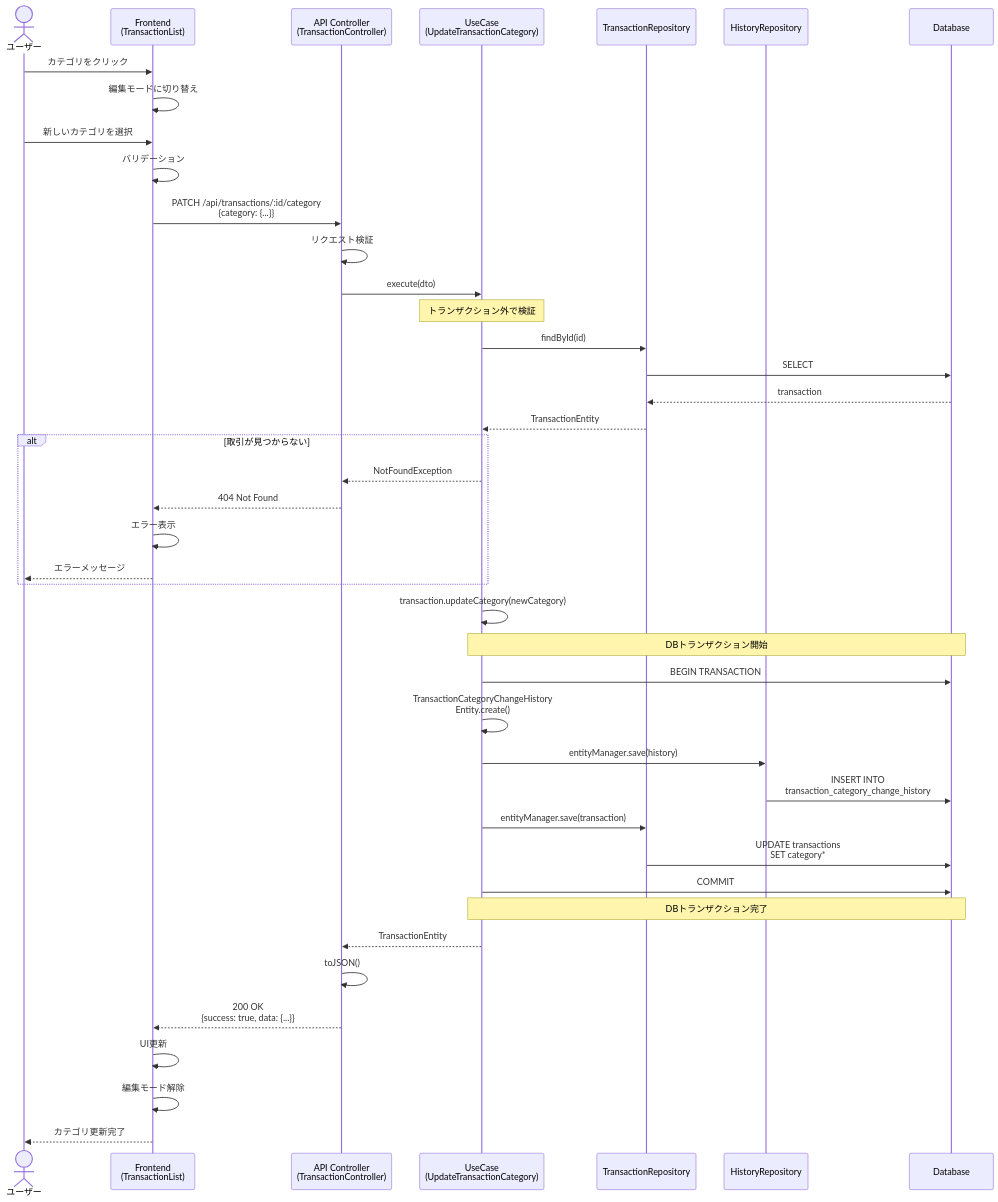
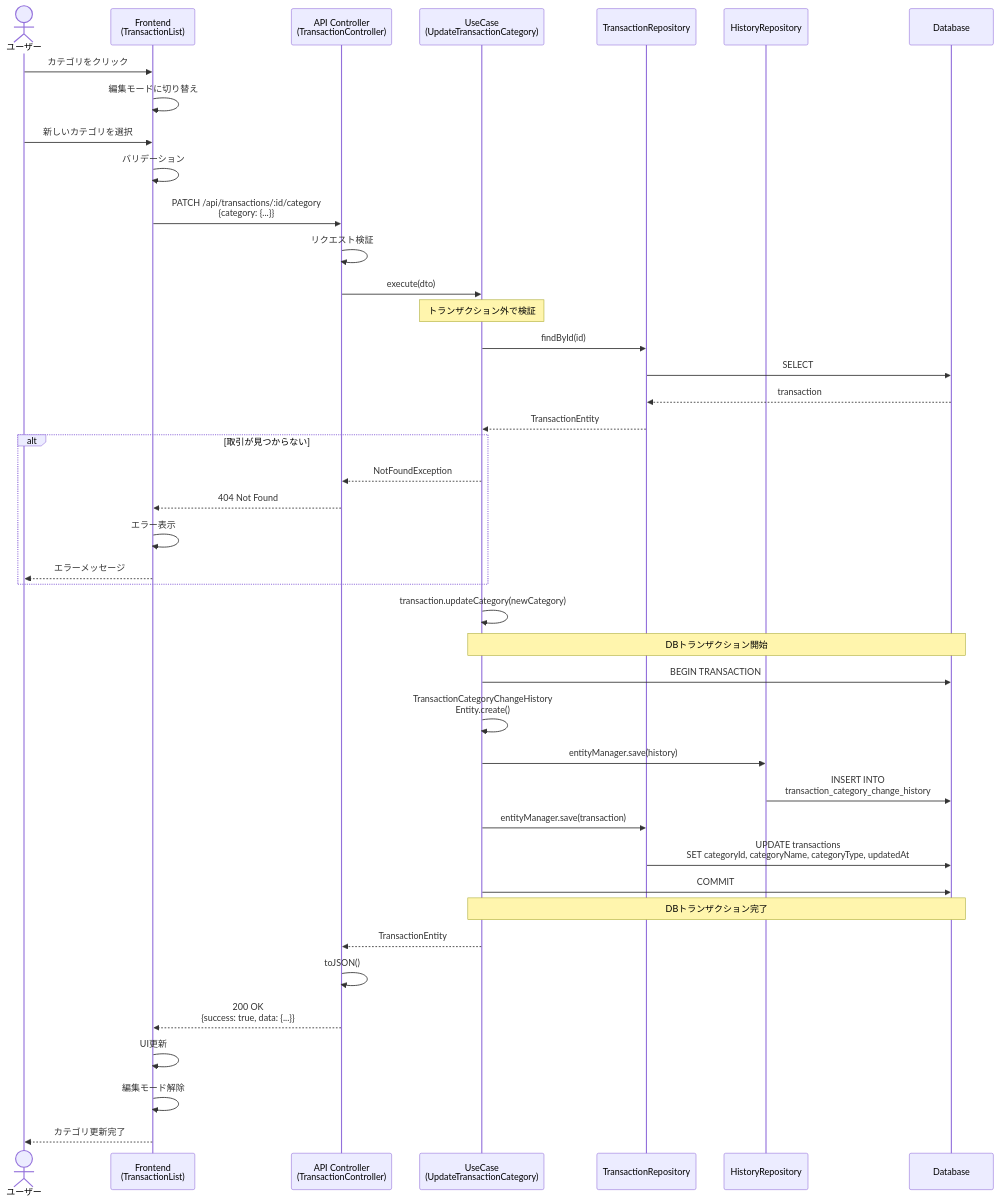
Before and after one commit to kencom2400/account-book: the first of 10 diagrams in docs/detailed-design/FR-010_manual-category-edit/sequence-diagrams.md, drawn with Mermaid. The commit also changed other lines of this file and 3 other files, not shown here.

````diff
--- a/docs/detailed-design/FR-010_manual-category-edit/sequence-diagrams.md
+++ b/docs/detailed-design/FR-010_manual-category-edit/sequence-diagrams.md
@@ -35,54 +35,54 @@
 ```mermaid
 sequenceDiagram
     actor User as ユーザー
     participant FE as Frontend<br/>(TransactionList)
     participant API as API Controller<br/>(TransactionController)
     participant UC as UseCase<br/>(UpdateTransactionCategory)
     participant TxRepo as TransactionRepository
     participant HisRepo as HistoryRepository
     participant DB as Database
 
     User->>FE: カテゴリをクリック
     FE->>FE: 編集モードに切り替え
     User->>FE: 新しいカテゴリを選択
     FE->>FE: バリデーション
     FE->>API: PATCH /api/transactions/:id/category<br/>{category: {...}}
 
     API->>API: リクエスト検証
     API->>UC: execute(dto)
 
     Note over UC: トランザクション外で検証
     UC->>TxRepo: findById(id)
     TxRepo->>DB: SELECT
     DB-->>TxRepo: transaction
     TxRepo-->>UC: TransactionEntity
 
     alt 取引が見つからない
         UC-->>API: NotFoundException
         API-->>FE: 404 Not Found
         FE->>FE: エラー表示
         FE-->>User: エラーメッセージ
     end
 
     UC->>UC: transaction.updateCategory(newCategory)
 
     Note over UC,DB: DBトランザクション開始
     UC->>DB: BEGIN TRANSACTION
 
     UC->>UC: TransactionCategoryChangeHistory<br/>Entity.create()
     UC->>HisRepo: entityManager.save(history)
     HisRepo->>DB: INSERT INTO<br/>transaction_category_change_history
 
     UC->>TxRepo: entityManager.save(transaction)
-    TxRepo->>DB: UPDATE transactions<br/>SET category*
+    TxRepo->>DB: UPDATE transactions<br/>SET categoryId, categoryName, categoryType, updatedAt
 
     UC->>DB: COMMIT
     Note over UC,DB: DBトランザクション完了
 
     UC-->>API: TransactionEntity
     API->>API: toJSON()
     API-->>FE: 200 OK<br/>{success: true, data: {...}}
     FE->>FE: UI更新
     FE->>FE: 編集モード解除
     FE-->>User: カテゴリ更新完了
 ```
````
